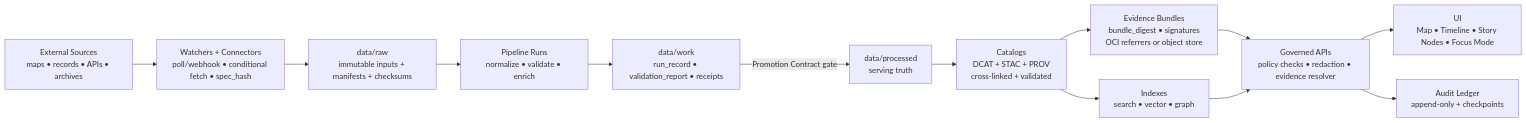
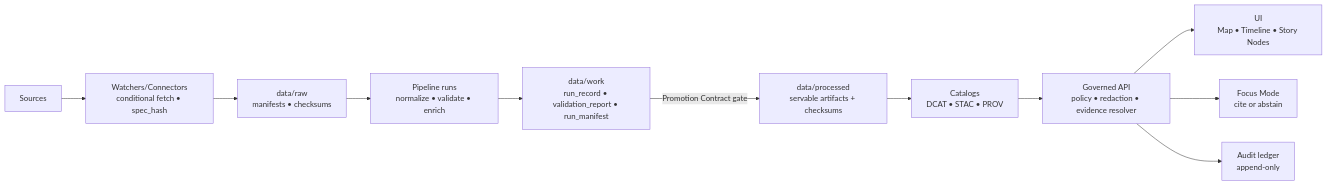
Before and after one commit to bartytime4life/Kansas-Frontier-Matrix: the diagram in README.md, drawn with Mermaid. The commit also changed other lines of this file, not shown here.

````diff
--- a/README.md
+++ b/README.md
@@ -270,15 +308,13 @@
 ```mermaid
 flowchart LR
-  A[External Sources<br/>maps • records • APIs • archives] --> W[Watchers + Connectors<br/>poll/webhook • conditional fetch • spec_hash]
-  W --> RZ[data/raw<br/>immutable inputs + manifests + checksums]
-  RZ --> P[Pipeline Runs<br/>normalize • validate • enrich]
-  P --> WZ[data/work<br/>run_record • validation_report • receipts]
-  WZ -->|Promotion Contract gate| PRZ[data/processed<br/>serving truth]
-  PRZ --> C[Catalogs<br/>DCAT + STAC + PROV<br/>cross-linked + validated]
-  C --> B[Evidence Bundles<br/>bundle_digest • signatures<br/>OCI referrers or object store]
-  C --> IDX[Indexes<br/>search • vector • graph]
-  B --> API[Governed APIs<br/>policy checks • redaction • evidence resolver]
-  IDX --> API
-  API --> UI[UI<br/>Map • Timeline • Story Nodes • Focus Mode]
-  API --> AL[Audit Ledger<br/>append-only + checkpoints]
+  S[Sources] --> W[Watchers/Connectors<br/>conditional fetch • spec_hash]
+  W --> RAW[data/raw<br/>manifests • checksums]
+  RAW --> RUN[Pipeline runs<br/>normalize • validate • enrich]
+  RUN --> WORK[data/work<br/>run_record • validation_report • run_manifest]
+  WORK -->|Promotion Contract gate| PROC[data/processed<br/>servable artifacts + checksums]
+  PROC --> CAT[Catalogs<br/>DCAT • STAC • PROV]
+  CAT --> API[Governed API<br/>policy • redaction • evidence resolver]
+  API --> UI[UI<br/>Map • Timeline • Story Nodes]
+  API --> FM[Focus Mode<br/>cite or abstain]
+  API --> AUD[Audit ledger<br/>append-only]
 ```
````
